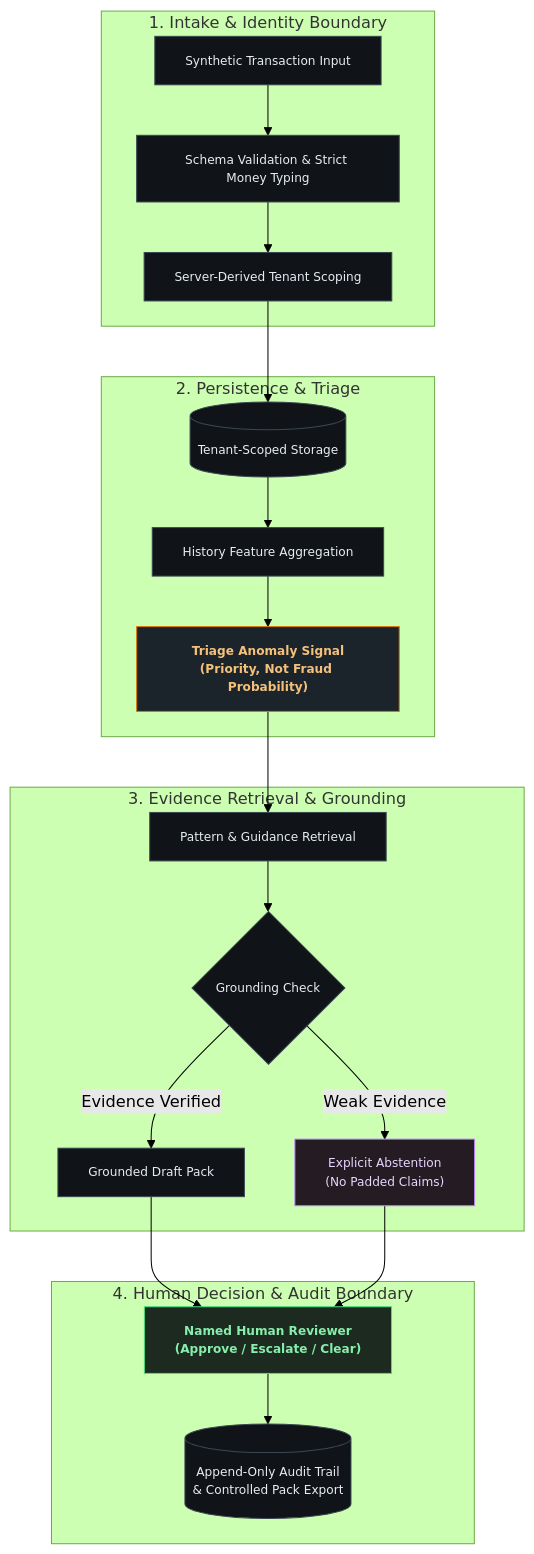
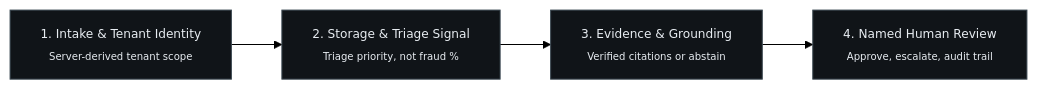
The diagram in README.md (jeevesh2515/finsentinel-case-study), drawn with Mermaid (forest theme) before and after one commit. The commit also changed other lines of this file and 3 other files, not shown here.

Commit message:
docs: optimize Mermaid diagrams for single-window mobile and desktop view

````diff
--- a/README.md
+++ b/README.md
@@ -56,35 +56,9 @@
 ```mermaid
-flowchart TD
-    subgraph Intake["1. Intake & Identity Boundary"]
-        TXN["Synthetic Transaction Input"] --> VAL["Schema Validation & Strict Money Typing"]
-        VAL --> TENANT["Server-Derived Tenant Scoping"]
-    end
+flowchart LR
+    A["1. Intake & Tenant Identity<br/><sub>Server-derived tenant scope</sub>"] --> B["2. Storage & Triage Signal<br/><sub>Triage priority, not fraud %</sub>"]
+    B --> C["3. Evidence & Grounding<br/><sub>Verified citations or abstain</sub>"]
+    C --> D["4. Named Human Review<br/><sub>Approve, escalate, audit trail</sub>"]
 
-    subgraph Analysis["2. Persistence & Triage"]
-        TENANT --> DB[("Tenant-Scoped Storage")]
-        DB --> FEAT["History Feature Aggregation"]
-        FEAT --> SCORE["Triage Anomaly Signal\n(Priority, Not Fraud Probability)"]
-    end
-
-    subgraph Grounding["3. Evidence Retrieval & Grounding"]
-        SCORE --> RETRIEVE["Pattern & Guidance Retrieval"]
-        RETRIEVE --> GROUND{"Grounding Check"}
-        GROUND -->|Evidence Verified| DRAFT["Grounded Draft Pack"]
-        GROUND -->|Weak Evidence| ABSTAIN["Explicit Abstention\n(No Padded Claims)"]
-    end
-
-    subgraph Review["4. Human Decision & Audit Boundary"]
-        DRAFT --> HUMAN["Named Human Reviewer\n(Approve / Escalate / Clear)"]
-        ABSTAIN --> HUMAN
-        HUMAN --> AUDIT[("Append-Only Audit Trail\n& Controlled Pack Export")]
-    end
-
-    classDef default fill:#101418,stroke:#3a4750,color:#e8edf2,font-size:12px;
-    classDef highlight fill:#1b232b,stroke:#d97706,color:#f5c17a,font-weight:bold;
-    classDef humanReview fill:#1d2a1f,stroke:#4ade80,color:#86efac,font-weight:bold;
-    classDef abstain fill:#241c22,stroke:#c084fc,color:#e9d5ff;
-
-    class SCORE highlight;
-    class HUMAN humanReview;
-    class ABSTAIN abstain;
+    classDef step fill:#101418,stroke:#3a4750,color:#e8edf2,font-size:12px;
+    class A,B,C,D step;
 ```
````
